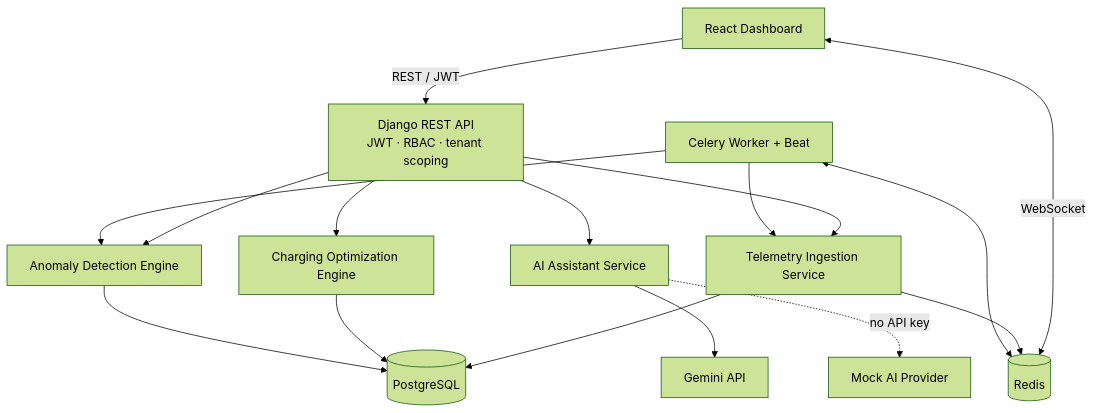
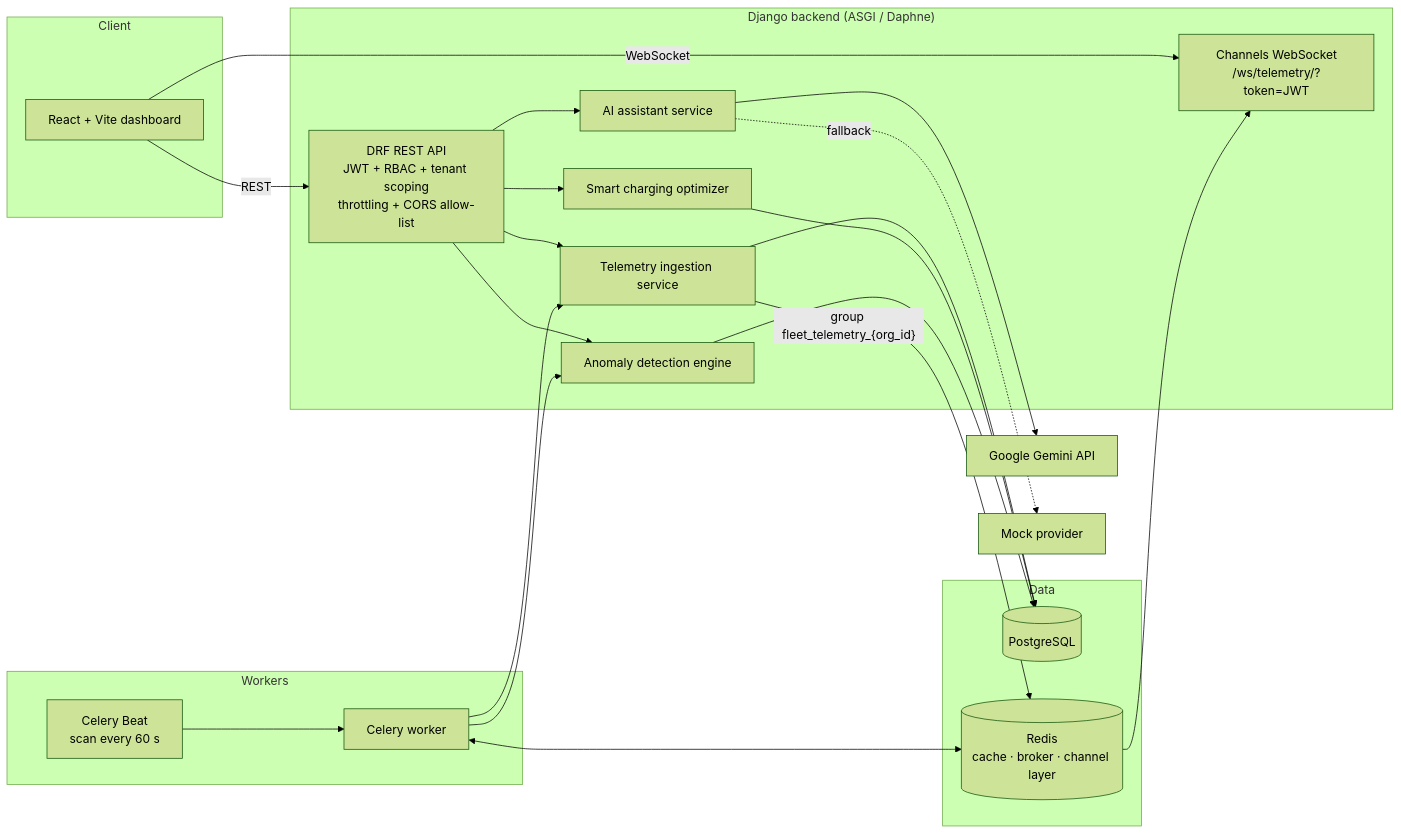
One commit to ShashankSingh2020/VoltFleet changed the diagram in README.md. Above: the diagram before and after it, drawn with Mermaid (forest theme). The commit also changed other lines of this file, not shown here.

````diff
--- a/README.md
+++ b/README.md
@@ -110,30 +107,39 @@
 ```mermaid
-flowchart TB
-    UI["React Dashboard"]
-    API["Django REST API<br/>JWT · RBAC · tenant scoping"]
-    ING["Telemetry Ingestion Service"]
-    OPT["Charging Optimization Engine"]
-    ANO["Anomaly Detection Engine"]
-    AI["AI Assistant Service"]
-    CEL["Celery Worker + Beat"]
-    PG[("PostgreSQL")]
-    RD[("Redis")]
-    GEM["Gemini API"]
-    MOCK["Mock AI Provider"]
+flowchart LR
+    subgraph Client
+        UI[React + Vite dashboard]
+    end
 
-    UI -->|REST / JWT| API
-    UI <-->|WebSocket| RD
-    API --> ING
-    API --> OPT
-    API --> ANO
-    API --> AI
-    ING --> PG
-    OPT --> PG
-    ANO --> PG
-    ING --> RD
+    subgraph Backend["Django backend (ASGI / Daphne)"]
+        API[DRF REST API<br/>JWT + RBAC + tenant scoping<br/>throttling + CORS allow-list]
+        WS[Channels WebSocket<br/>/ws/telemetry/?token=JWT]
+        ING[Telemetry ingestion service]
+        OPT[Smart charging optimizer]
+        ANO[Anomaly detection engine]
+        AI[AI assistant service]
+    end
+
+    subgraph Workers
+        CEL[Celery worker]
+        BEAT[Celery Beat<br/>scan every 60 s]
+    end
+
+    subgraph Data
+        PG[(PostgreSQL)]
+        RD[(Redis<br/>cache · broker · channel layer)]
+    end
+
+    GEM[Google Gemini API]
+
+    UI -- REST --> API
+    UI -- WebSocket --> WS
+    API --> ING --> PG
+    ING -- "group fleet_telemetry_{org_id}" --> RD --> WS
+    API --> OPT --> PG
+    API --> ANO --> PG
+    API --> AI --> GEM
+    AI -. fallback .-> MOCK[Mock provider]
     CEL --> ING
-    CEL --> ANO
+    BEAT --> CEL --> ANO
     CEL <--> RD
-    AI --> GEM
-    AI -. no API key .-> MOCK
 ```
````
